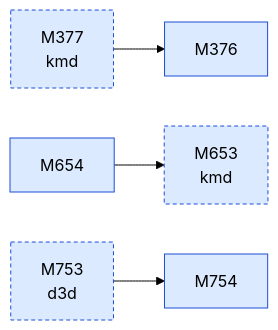
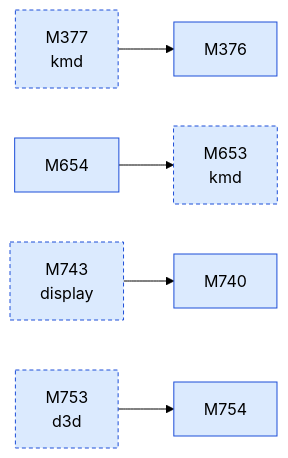
Before and after one commit to D-Ogi/amdgpu-wddm: the second of 2 diagrams in docs/facts/graphs/tooling.md, drawn with Mermaid (forest theme). The commit also changed other lines of this file and 25 other files, not shown here.

````diff
--- a/docs/facts/graphs/tooling.md
+++ b/docs/facts/graphs/tooling.md
@@ -28,18 +31,21 @@
 ```mermaid
 flowchart LR
   M376["M376"]:::MEASURED
   M377["M377<br/>kmd"]:::MEASURED
   M653["M653<br/>kmd"]:::MEASURED
   M654["M654"]:::MEASURED
+  M740["M740"]:::MEASURED
+  M743["M743<br/>display"]:::MEASURED
   M753["M753<br/>d3d"]:::MEASURED
   M754["M754"]:::MEASURED
   M377 --> M376
+  M743 --> M740
   M753 --> M754
   M654 --> M653
   classDef HYPOTHESIS fill:#fff3c4,stroke:#9a7b00,color:#000
   classDef MEASURED fill:#dbeafe,stroke:#1d4ed8,color:#000
   classDef CONFIRMED fill:#d1fae5,stroke:#047857,color:#000
   classDef REFUTED fill:#fee2e2,stroke:#b91c1c,color:#000
   classDef other stroke-dasharray:4 3
-  class M377,M653,M753 other
+  class M377,M653,M743,M753 other
 ```
````
